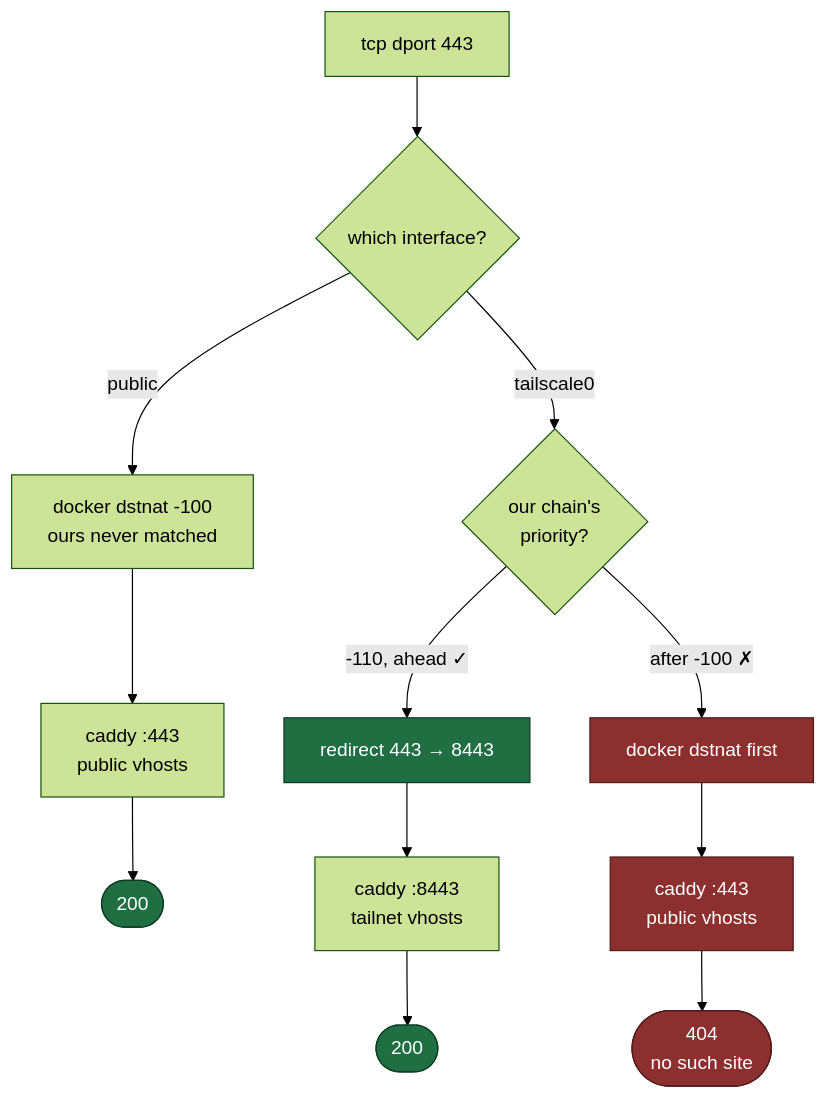
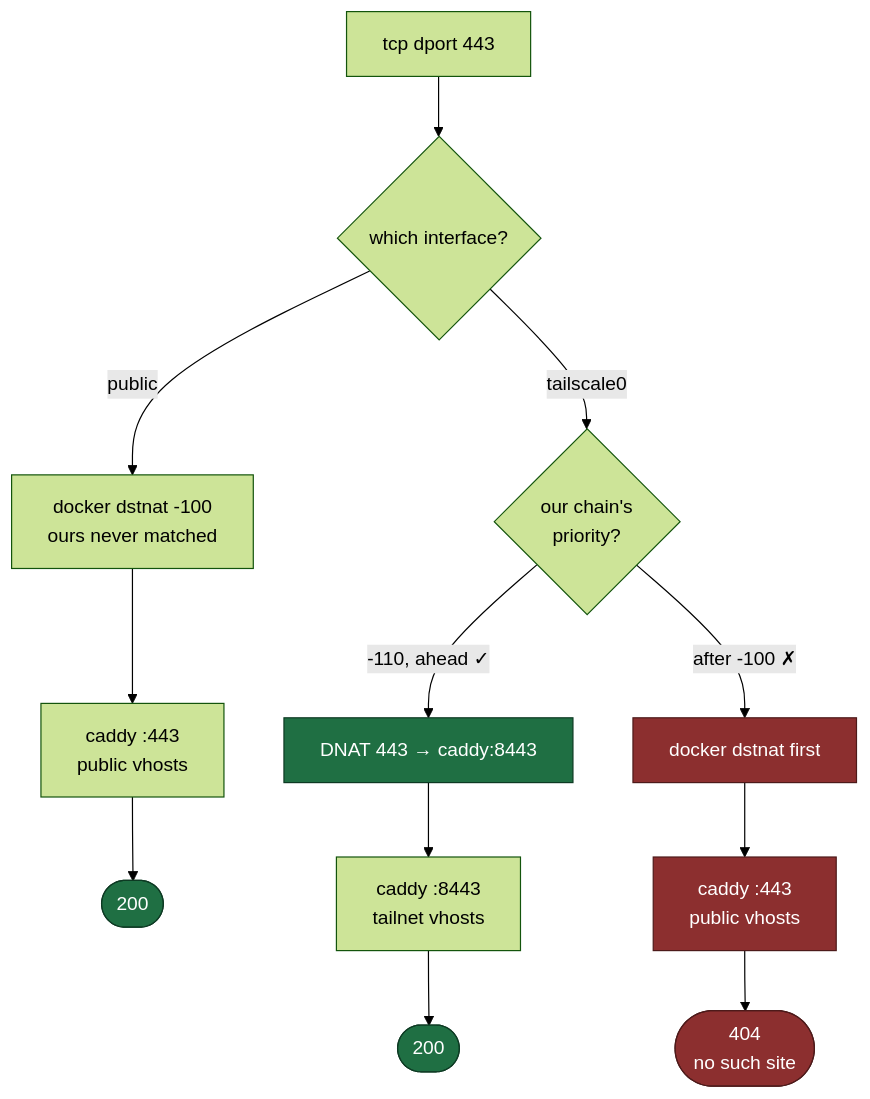
One commit to 1Git2Clone/vps changed the second of 2 diagrams in docs/src/architecture/network.md. Above: the diagram before and after it, drawn with Mermaid (forest theme). The commit also changed other lines of this file and 7 other files, not shown here.

````diff
--- a/docs/src/architecture/network.md
+++ b/docs/src/architecture/network.md
@@ -199,20 +228,20 @@
 ```mermaid
 flowchart TB
     pkt["tcp dport 443"] --> iif{"which interface?"}
 
     iif -- "public" --> dn["docker dstnat -100<br/>ours never matched"]
     dn --> pub443["caddy :443<br/>public vhosts"] --> ok1(["200"])
 
     iif -- "tailscale0" --> prio{"our chain's<br/>priority?"}
 
-    prio -- "-110, ahead ✓" --> rw["redirect 443 → 8443"]
+    prio -- "-110, ahead ✓" --> rw["DNAT 443 → caddy:8443"]
     rw --> priv["caddy :8443<br/>tailnet vhosts"] --> ok2(["200"])
 
     prio -- "after -100 ✗" --> dn2["docker dstnat first"]
     dn2 --> pub443b["caddy :443<br/>public vhosts"] --> nf(["404<br/>no such site"])
 
     classDef bad fill:#8c2f2f,stroke:#4d1a1a,color:#fff
     classDef good fill:#1f6f43,stroke:#0d3a23,color:#fff
     class nf,dn2,pub443b bad
     class ok1,ok2,rw good
 ```
````
